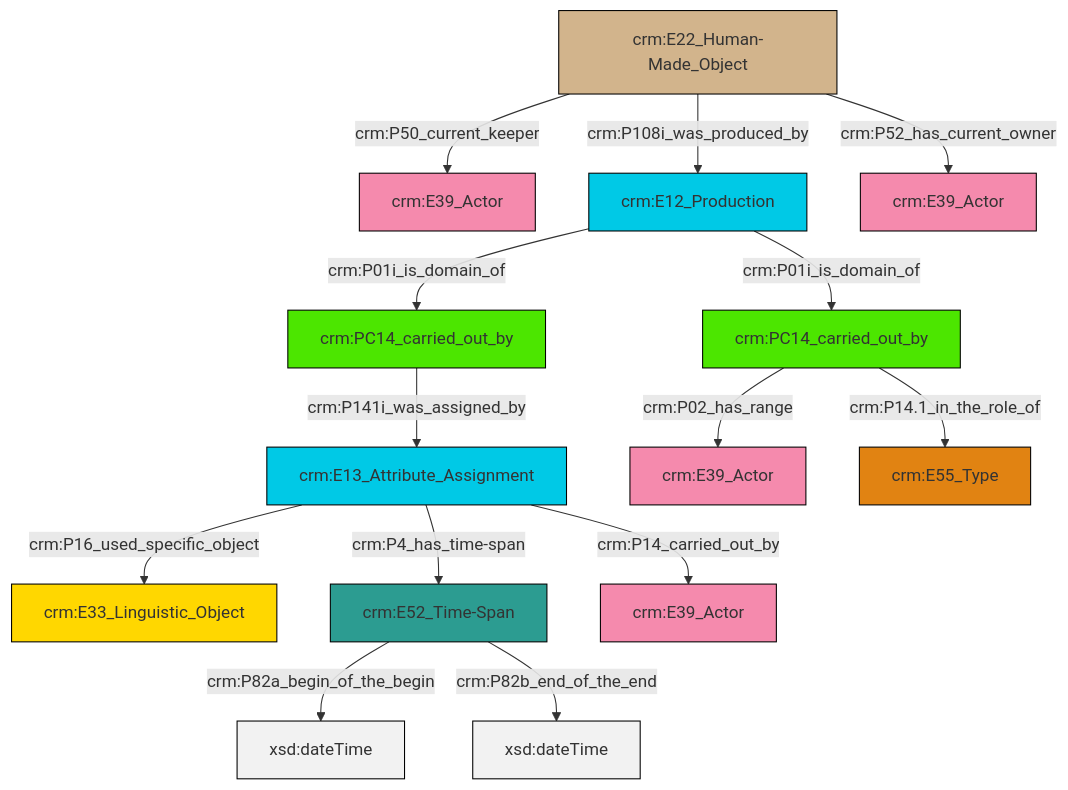
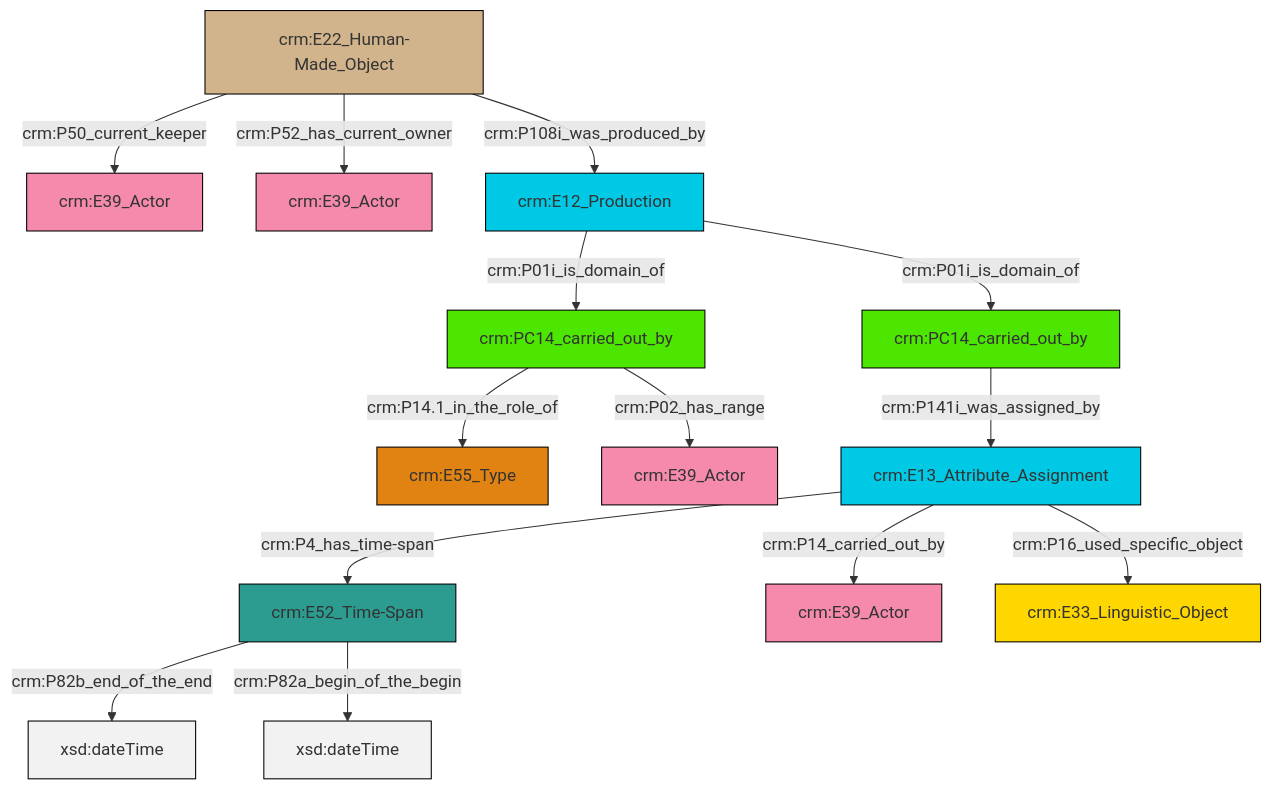
One commit to swiss-art-research-net/docs.swissartresearch changed the diagram in et/carrierCSV/ttl/mmd/carrier_relations.ttl.mmd. Above: the diagram before and after it, drawn with Mermaid. The commit also changed 177 other files, not shown here.

```diff
--- a/et/carrierCSV/ttl/mmd/carrier_relations.ttl.mmd
+++ b/et/carrierCSV/ttl/mmd/carrier_relations.ttl.mmd
@@ -1,28 +1,28 @@
 graph TD
 classDef Literal fill:#f2f2f2,stroke:#000000;
 classDef CRM_Entity fill:#FFFFFF,stroke:#000000;
 classDef Temporal_Entity fill:#00C9E6, stroke:#000000;
 classDef Type fill:#E18312, stroke:#000000;
 classDef Time-Span fill:#2C9C91, stroke:#000000;
 classDef Appellation fill:#FFEB7F, stroke:#000000;
 classDef Place fill:#008836, stroke:#000000;
 classDef Persistent_Item fill:#B266B2, stroke:#000000;
 classDef Conceptual_Object fill:#FFD700, stroke:#000000;
 classDef Physical_Thing fill:#D2B48C, stroke:#000000;
 classDef Actor fill:#f58aad, stroke:#000000;
 classDef PC_Classes fill:#4ce600, stroke:#000000;
 classDef Multi fill:#cccccc,stroke:#000000;
 
-0["crm:E22_Human-Made_Object"]:::Physical_Thing -->|crm:P50_current_keeper| 1["crm:E39_Actor"]:::Actor
-4["crm:E12_Production"]:::Temporal_Entity -->|crm:P01i_is_domain_of| 5["crm:PC14_carried_out_by"]:::PC_Classes
-6["crm:E13_Attribute_Assignment"]:::Temporal_Entity -->|crm:P16_used_specific_object| 2["crm:E33_Linguistic_Object"]:::Conceptual_Object
-7["crm:E52_Time-Span"]:::Time-Span -->|crm:P82a_begin_of_the_begin| 8[xsd:dateTime]:::Literal
-0["crm:E22_Human-Made_Object"]:::Physical_Thing -->|crm:P108i_was_produced_by| 4["crm:E12_Production"]:::Temporal_Entity
-6["crm:E13_Attribute_Assignment"]:::Temporal_Entity -->|crm:P4_has_time-span| 7["crm:E52_Time-Span"]:::Time-Span
-19["crm:PC14_carried_out_by"]:::PC_Classes -->|crm:P14.1_in_the_role_of| 15["crm:E55_Type"]:::Type
-0["crm:E22_Human-Made_Object"]:::Physical_Thing -->|crm:P52_has_current_owner| 20["crm:E39_Actor"]:::Actor
-19["crm:PC14_carried_out_by"]:::PC_Classes -->|crm:P02_has_range| 11["crm:E39_Actor"]:::Actor
-4["crm:E12_Production"]:::Temporal_Entity -->|crm:P01i_is_domain_of| 19["crm:PC14_carried_out_by"]:::PC_Classes
-5["crm:PC14_carried_out_by"]:::PC_Classes -->|crm:P141i_was_assigned_by| 6["crm:E13_Attribute_Assignment"]:::Temporal_Entity
-7["crm:E52_Time-Span"]:::Time-Span -->|crm:P82b_end_of_the_end| 24[xsd:dateTime]:::Literal
-6["crm:E13_Attribute_Assignment"]:::Temporal_Entity -->|crm:P14_carried_out_by| 17["crm:E39_Actor"]:::Actor
+0["crm:PC14_carried_out_by"]:::PC_Classes -->|crm:P14.1_in_the_role_of| 1["crm:E55_Type"]:::Type
+4["crm:E22_Human-Made_Object"]:::Physical_Thing -->|crm:P50_current_keeper| 5["crm:E39_Actor"]:::Actor
+6["crm:PC14_carried_out_by"]:::PC_Classes -->|crm:P141i_was_assigned_by| 11["crm:E13_Attribute_Assignment"]:::Temporal_Entity
+12["crm:E52_Time-Span"]:::Time-Span -->|crm:P82b_end_of_the_end| 13[xsd:dateTime]:::Literal
+15["crm:E12_Production"]:::Temporal_Entity -->|crm:P01i_is_domain_of| 6["crm:PC14_carried_out_by"]:::PC_Classes
+11["crm:E13_Attribute_Assignment"]:::Temporal_Entity -->|crm:P14_carried_out_by| 16["crm:E39_Actor"]:::Actor
+12["crm:E52_Time-Span"]:::Time-Span -->|crm:P82a_begin_of_the_begin| 17[xsd:dateTime]:::Literal
+4["crm:E22_Human-Made_Object"]:::Physical_Thing -->|crm:P108i_was_produced_by| 15["crm:E12_Production"]:::Temporal_Entity
+0["crm:PC14_carried_out_by"]:::PC_Classes -->|crm:P02_has_range| 2["crm:E39_Actor"]:::Actor
+11["crm:E13_Attribute_Assignment"]:::Temporal_Entity -->|crm:P16_used_specific_object| 18["crm:E33_Linguistic_Object"]:::Conceptual_Object
+15["crm:E12_Production"]:::Temporal_Entity -->|crm:P01i_is_domain_of| 0["crm:PC14_carried_out_by"]:::PC_Classes
+11["crm:E13_Attribute_Assignment"]:::Temporal_Entity -->|crm:P4_has_time-span| 12["crm:E52_Time-Span"]:::Time-Span
+4["crm:E22_Human-Made_Object"]:::Physical_Thing -->|crm:P52_has_current_owner| 8["crm:E39_Actor"]:::Actor
```
